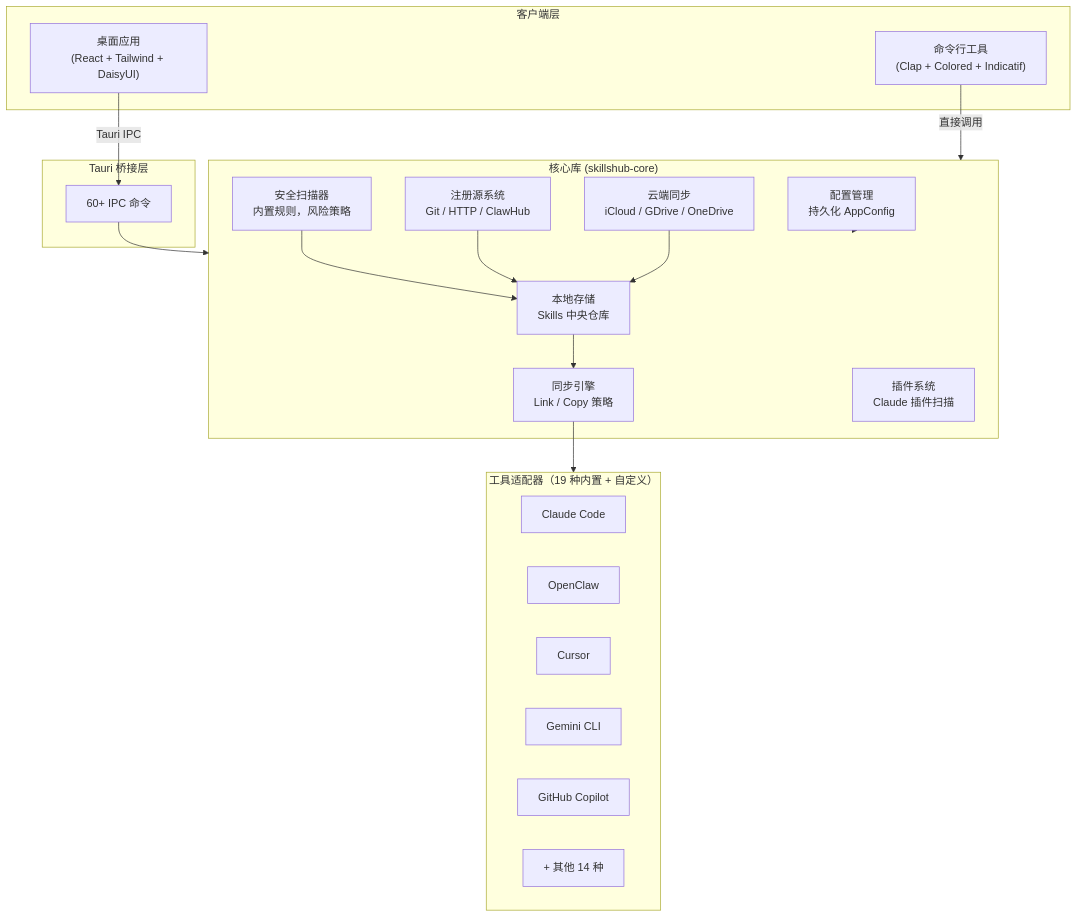
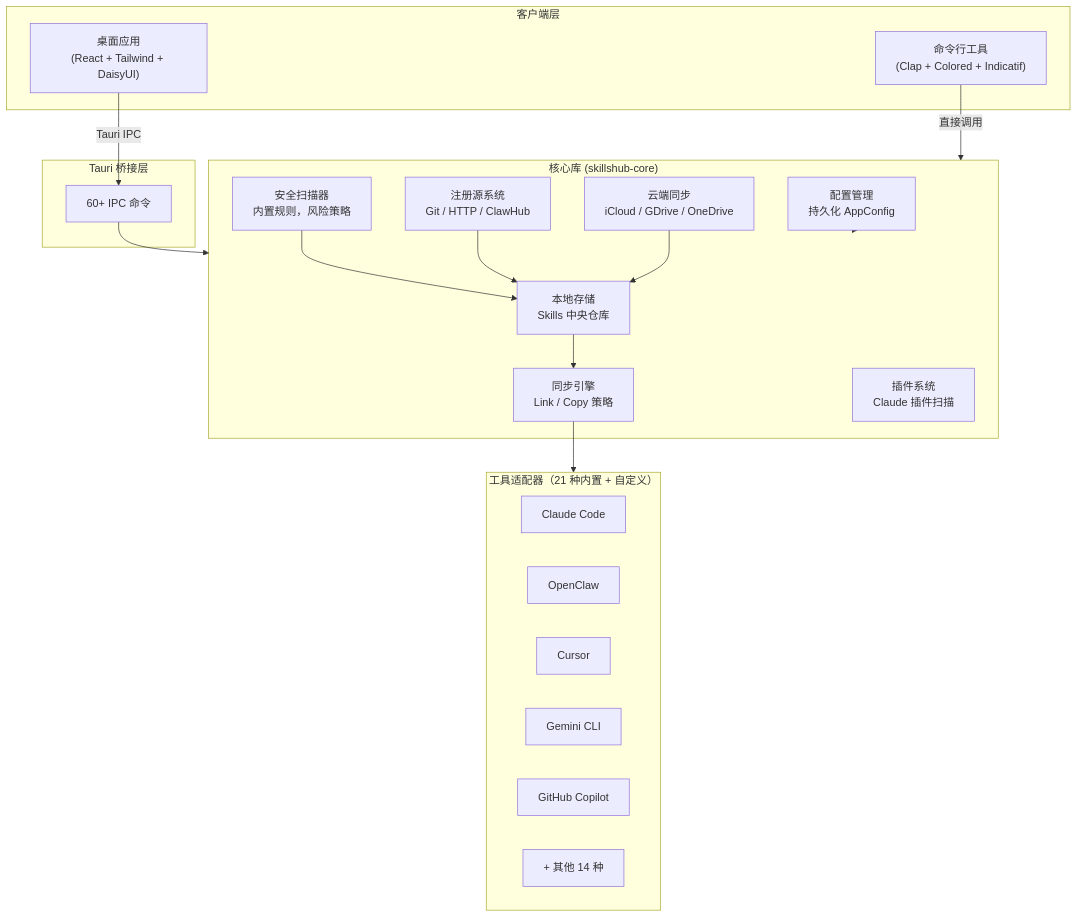
Before and after one commit to shiwenwen/SkillsHub: the diagram in README_CN.md, drawn with Mermaid. The commit also changed other lines of this file and 7 other files, not shown here.

````diff
--- a/README_CN.md
+++ b/README_CN.md
@@ -109,41 +111,41 @@
 ```mermaid
 graph TB
     subgraph Client["客户端层"]
         UI["桌面应用<br/>(React + Tailwind + DaisyUI)"]
         CLI["命令行工具<br/>(Clap + Colored + Indicatif)"]
     end
 
     subgraph Tauri["Tauri 桥接层"]
         CMD["60+ IPC 命令"]
     end
 
     subgraph Core["核心库 (skillshub-core)"]
         Store["本地存储<br/>Skills 中央仓库"]
         Sync["同步引擎<br/>Link / Copy 策略"]
         Scanner["安全扫描器<br/>内置规则，风险策略"]
         Registry["注册源系统<br/>Git / HTTP / ClawHub"]
         Cloud["云端同步<br/>iCloud / GDrive / OneDrive"]
         Plugins["插件系统<br/>Claude 插件扫描"]
         Config["配置管理<br/>持久化 AppConfig"]
     end
 
-    subgraph Adapters["工具适配器（19 种内置 + 自定义）"]
+    subgraph Adapters["工具适配器（21 种内置 + 自定义）"]
         direction LR
         A1["Claude Code"]
         A2["OpenClaw"]
         A3["Cursor"]
         A4["Gemini CLI"]
         A5["GitHub Copilot"]
         A6["+ 其他 14 种"]
     end
 
     UI -->|Tauri IPC| CMD
     CLI -->|直接调用| Core
     CMD --> Core
     Store --> Sync
     Sync --> Adapters
     Registry --> Store
     Scanner --> Store
     Cloud --> Store
     Config --> Core
 ```
````
